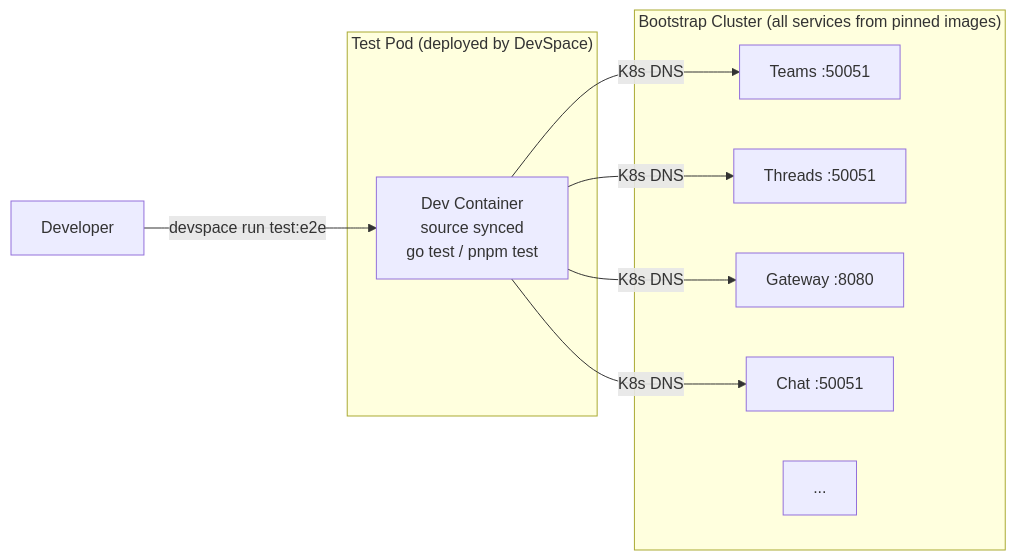
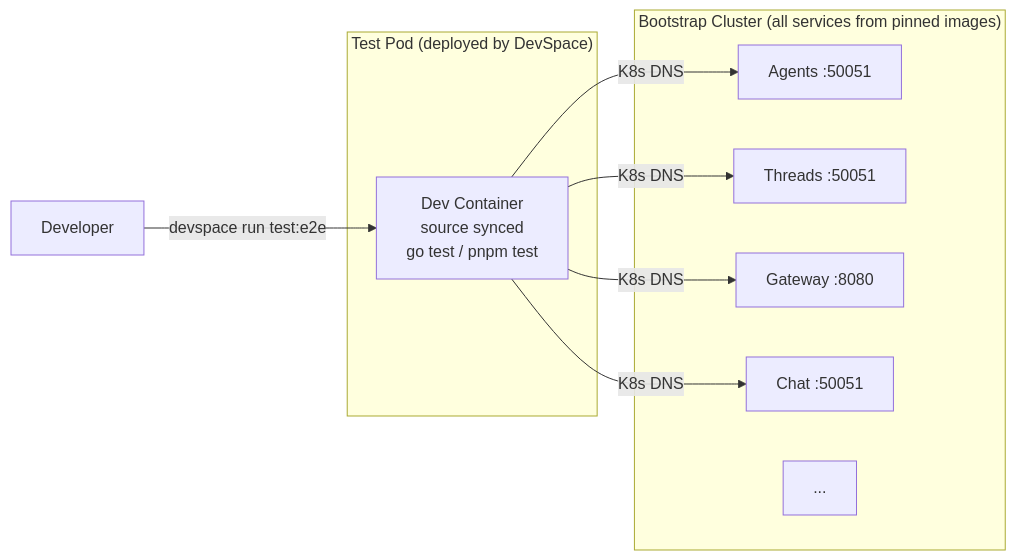
The diagram in architecture/operations/e2e-testing.md (agynio/architecture), drawn with Mermaid before and after one commit. The commit also changed other lines of this file and 17 other files, not shown here.

First line of the commit message:
feat: rename Teams → Agents, migrate Gateway to ConnectRPC

````diff
--- a/architecture/operations/e2e-testing.md
+++ b/architecture/operations/e2e-testing.md
@@ -9,20 +9,20 @@
 ```mermaid
 graph LR
     subgraph "Bootstrap Cluster (all services from pinned images)"
-        SVC1[Teams :50051]
+        SVC1[Agents :50051]
         SVC2[Threads :50051]
         SVC3[Gateway :8080]
         SVC4[Chat :50051]
         SVCN[...]
     end
 
     subgraph "Test Pod (deployed by DevSpace)"
         TC[Dev Container<br/>source synced<br/>go test / pnpm test]
     end
 
     Dev[Developer] -->|devspace run test:e2e| TC
     TC -->|K8s DNS| SVC1
     TC -->|K8s DNS| SVC2
     TC -->|K8s DNS| SVC3
     TC -->|K8s DNS| SVC4
 ```
````
